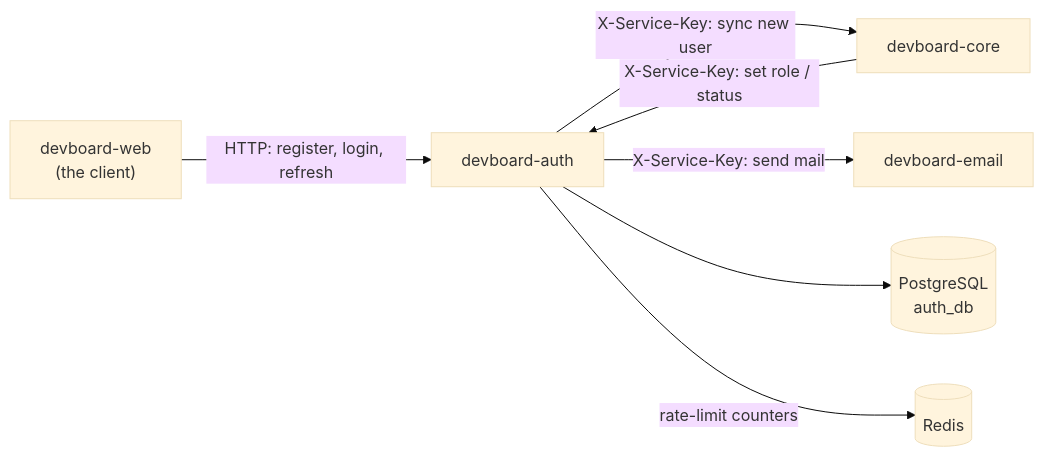
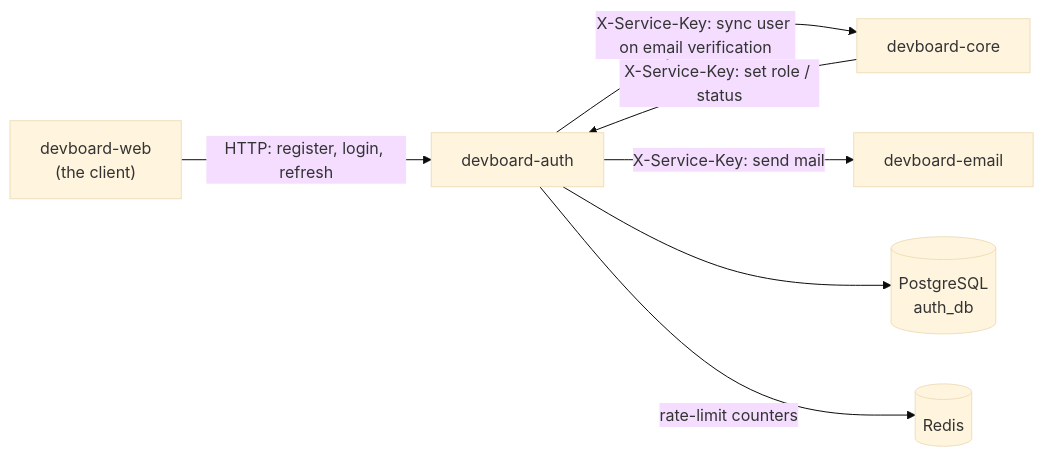
One commit to devboard-app/devboard-docs changed the diagram in services/auth/index.md. Above: the diagram before and after it, drawn with Mermaid (base theme). The commit also changed other lines of this file and 21 other files, not shown here.

````diff
--- a/services/auth/index.md
+++ b/services/auth/index.md
@@ -18,16 +18,16 @@
 ```mermaid
 flowchart LR
     web["devboard-web<br/>(the client)"]
     core["devboard-core"]
     auth["devboard-auth"]
     email["devboard-email"]
     pg[("PostgreSQL<br/>auth_db")]
     redis[("Redis")]
 
     web -->|"HTTP: register, login, refresh"| auth
     core -->|"X-Service-Key: set role / status"| auth
-    auth -->|"X-Service-Key: sync new user"| core
+    auth -->|"X-Service-Key: sync user on email verification"| core
     auth -->|"X-Service-Key: send mail"| email
     auth --> pg
     auth -->|"rate-limit counters"| redis
 ```
````
